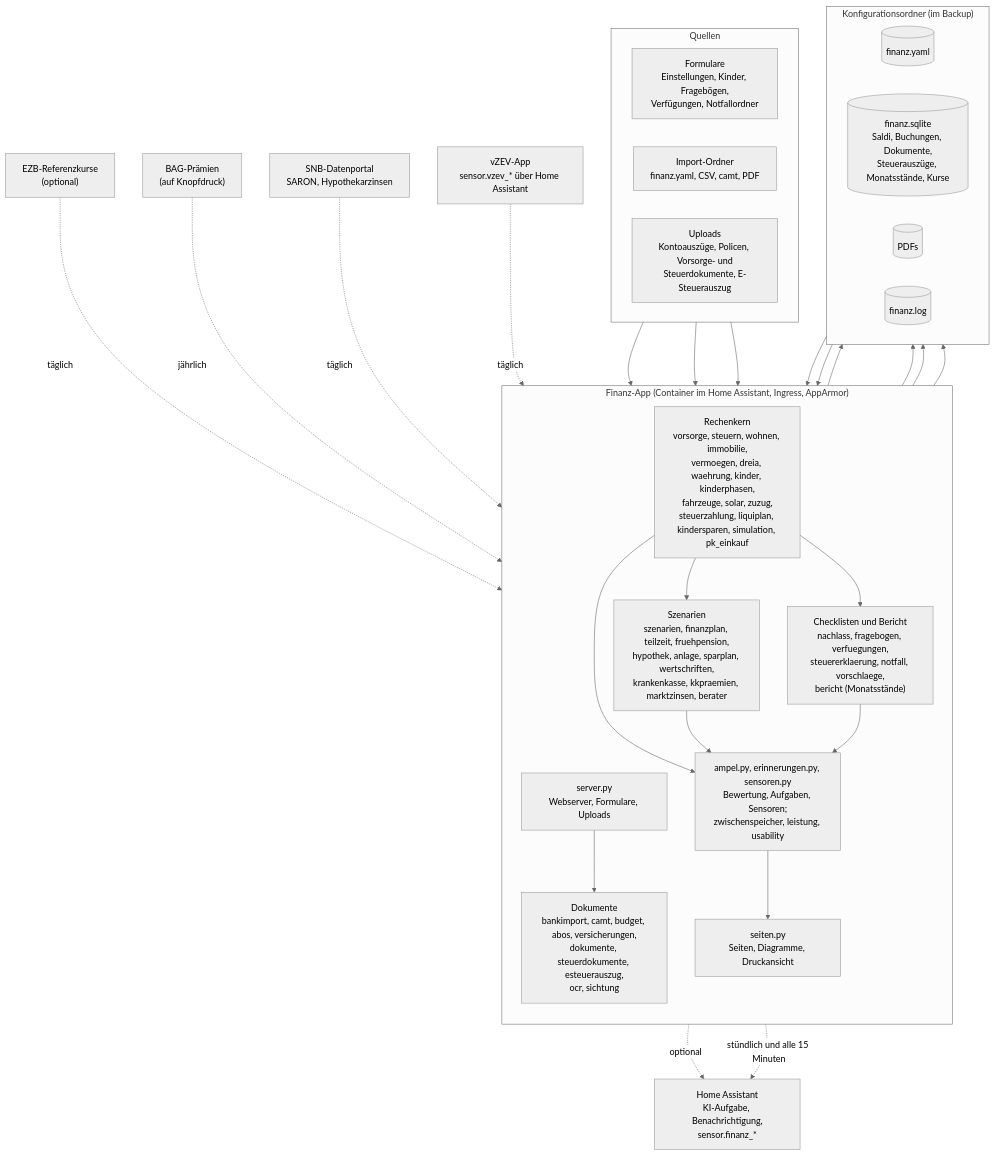
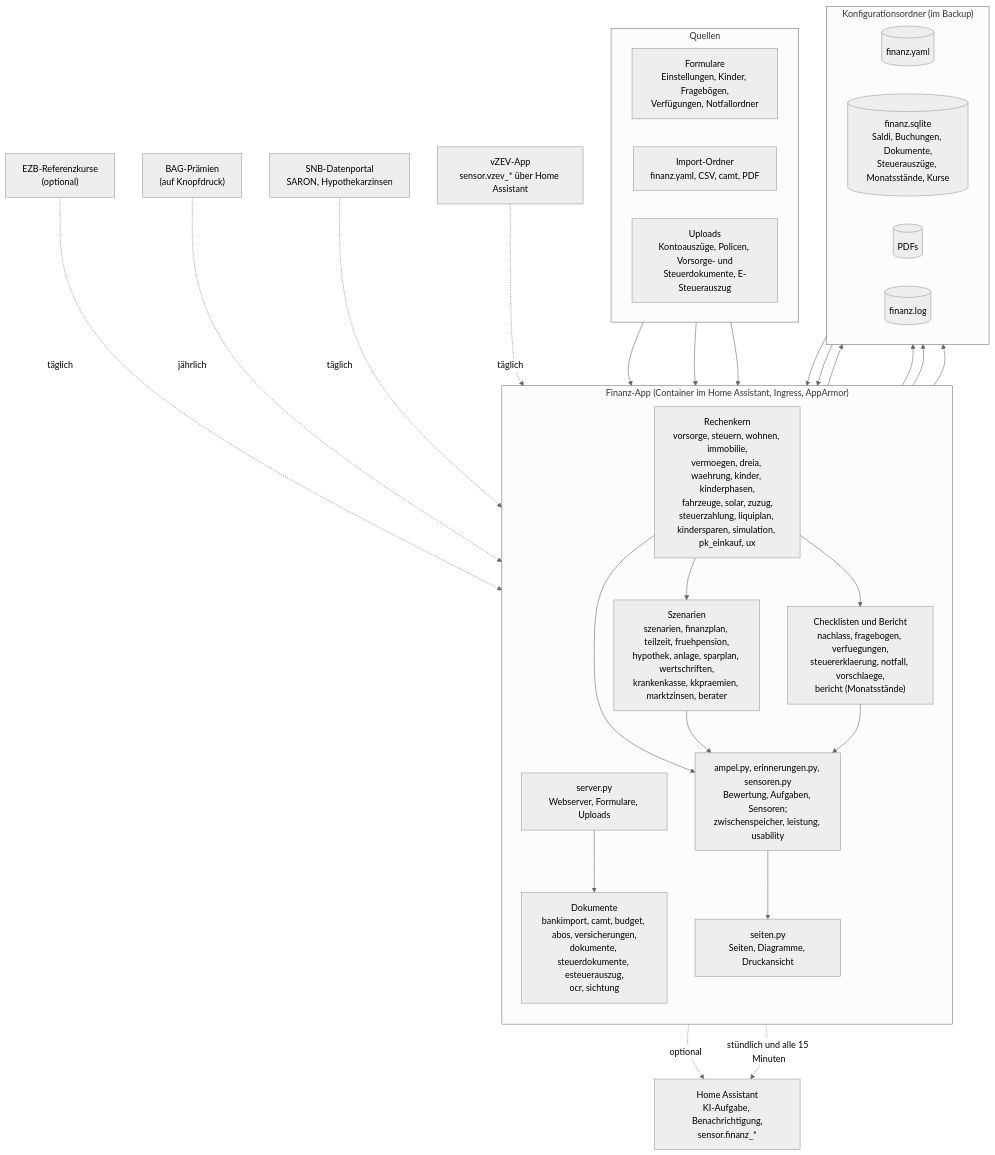
The diagram in docs/architektur.mmd (khu1985/finanz-ha), drawn with Mermaid (neutral theme) before and after one commit. The commit also changed 14 other files, not shown here.

```diff
--- a/docs/architektur.mmd
+++ b/docs/architektur.mmd
@@ -1,38 +1,38 @@
 flowchart TB
     subgraph Quellen
         direction LR
         F["Formulare<br/>Einstellungen, Kinder, Fragebögen,<br/>Verfügungen, Notfallordner"]
         I["Import-Ordner<br/>finanz.yaml, CSV, camt, PDF"]
         U["Uploads<br/>Kontoauszüge, Policen, Vorsorge- und<br/>Steuerdokumente, E-Steuerauszug"]
     end
     subgraph App["Finanz-App (Container im Home Assistant, Ingress, AppArmor)"]
         direction TB
         S["server.py<br/>Webserver, Formulare, Uploads"]
         D["Dokumente<br/>bankimport, camt, budget, abos, versicherungen,<br/>dokumente, steuerdokumente, esteuerauszug,<br/>ocr, sichtung"]
-        K["Rechenkern<br/>vorsorge, steuern, wohnen, immobilie,<br/>vermoegen, dreia, waehrung, kinder, kinderphasen,<br/>fahrzeuge, solar, zuzug,<br/>steuerzahlung, liquiplan, kindersparen, simulation, pk_einkauf"]
+        K["Rechenkern<br/>vorsorge, steuern, wohnen, immobilie,<br/>vermoegen, dreia, waehrung, kinder, kinderphasen,<br/>fahrzeuge, solar, zuzug,<br/>steuerzahlung, liquiplan, kindersparen, simulation, pk_einkauf, ux"]
         Z["Szenarien<br/>szenarien, finanzplan, teilzeit, fruehpension,<br/>hypothek, anlage, sparplan, wertschriften,<br/>krankenkasse, kkpraemien, marktzinsen, berater"]
         C["Checklisten und Bericht<br/>nachlass, fragebogen, verfuegungen,<br/>steuererklaerung, notfall, vorschlaege,<br/>bericht (Monatsstände)"]
         A["ampel.py, erinnerungen.py, sensoren.py<br/>Bewertung, Aufgaben, Sensoren;<br/>zwischenspeicher, leistung, usability"]
         SE["seiten.py<br/>Seiten, Diagramme, Druckansicht"]
     end
     subgraph Daten["Konfigurationsordner (im Backup)"]
         direction LR
         Y[("finanz.yaml")]
         DB[("finanz.sqlite<br/>Saldi, Buchungen, Dokumente,<br/>Steuerauszüge, Monatsstände, Kurse")]
         P[("PDFs")]
         L[("finanz.log")]
     end
     HA["Home Assistant<br/>KI-Aufgabe, Benachrichtigung,<br/>sensor.finanz_*"]
     F & I & U --> S
     S --> D --> DB & P
     S --> Y
     Y & DB --> K --> Z
     K --> C
     K & Z & C --> A --> SE
     Z -. optional .-> HA
     EZB["EZB-Referenzkurse<br/>(optional)"] -. täglich .-> K
     BAG["BAG-Prämien<br/>(auf Knopfdruck)"] -. jährlich .-> Z
     SNB["SNB-Datenportal<br/>SARON, Hypothekarzinsen"] -. täglich .-> Z
     A -. stündlich und alle 15 Minuten .-> HA
     VZ["vZEV-App<br/>sensor.vzev_* über Home Assistant"] -. täglich .-> K
     S --> L
```
